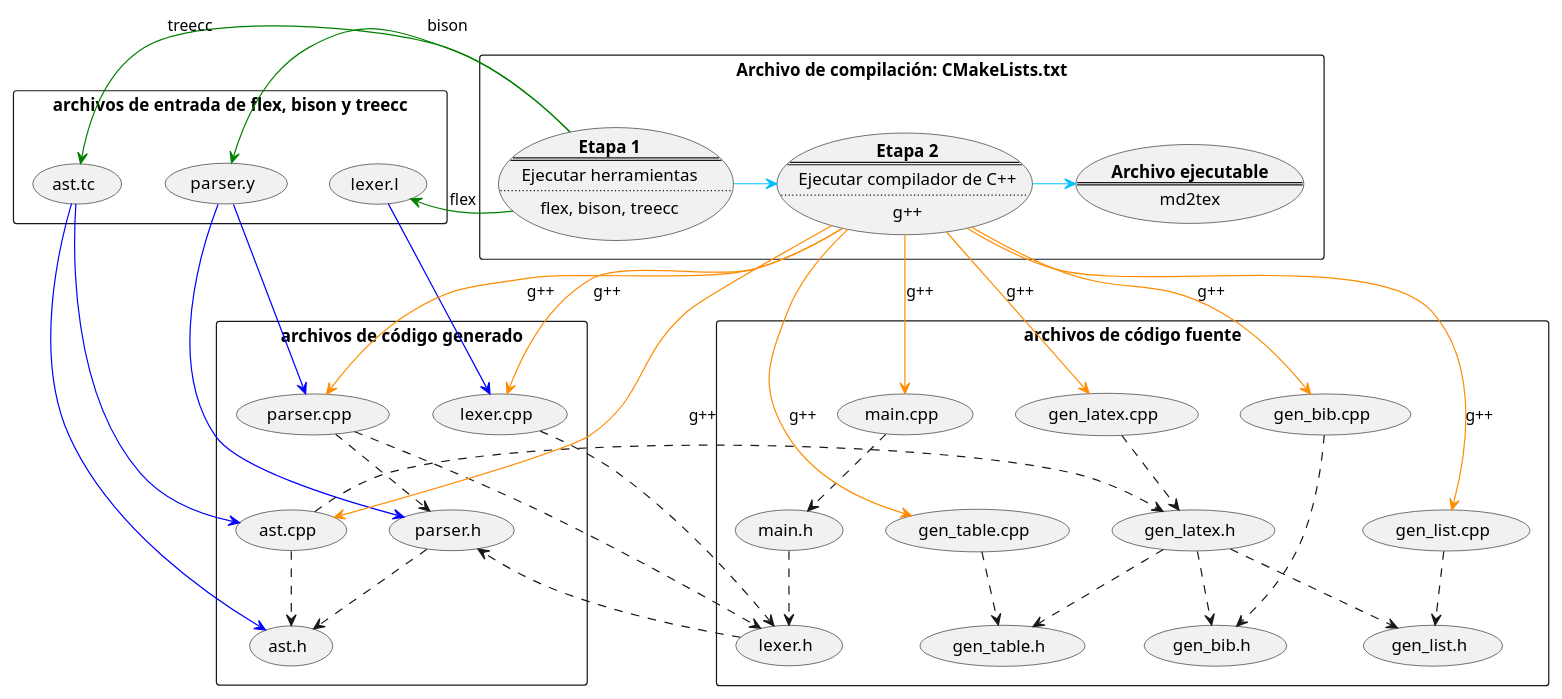
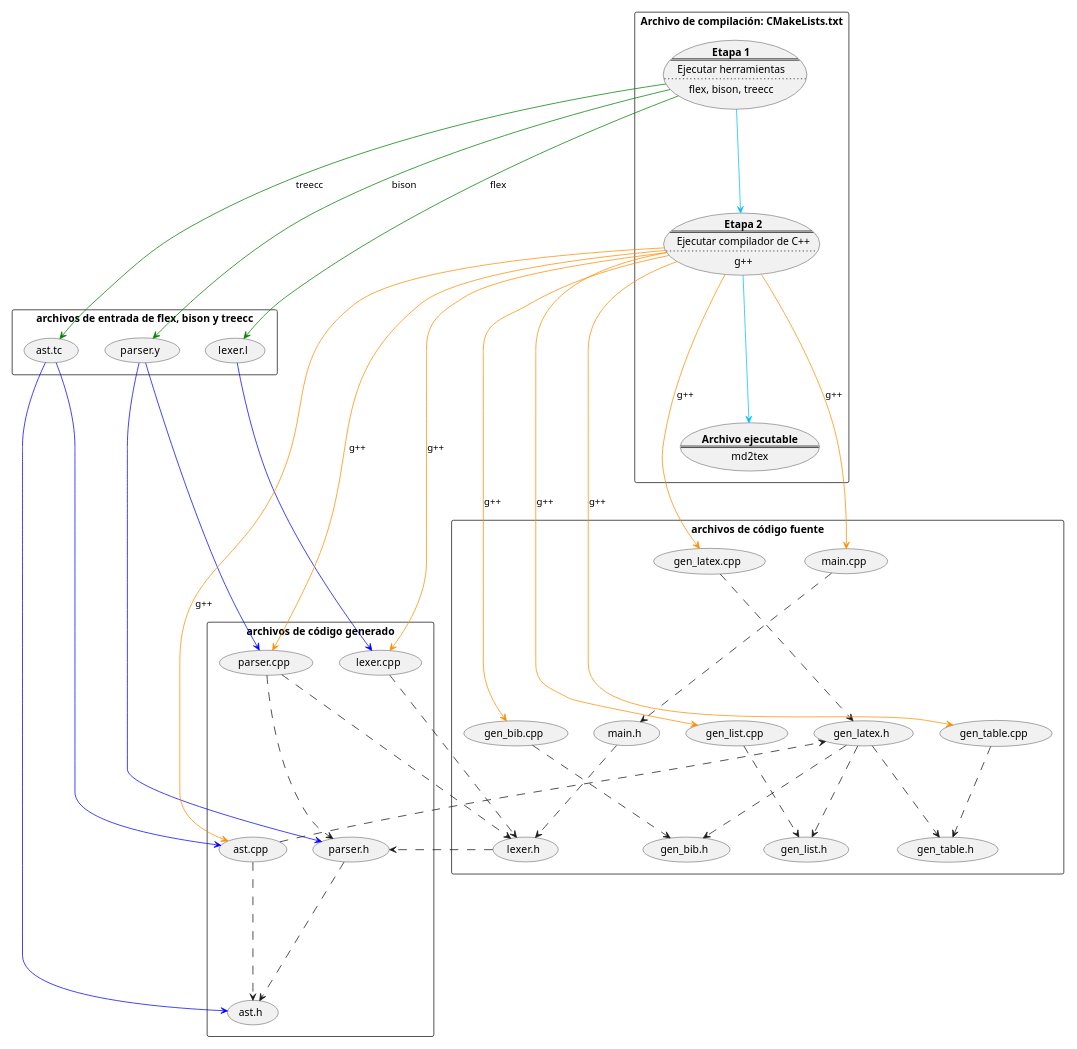
One commit to LuisFajardoF/Diagramas-PUML changed the diagram in compile-files.puml. Above: the diagram before and after it, drawn with PlantUML. The commit also changed 4 other files, not shown here.

Commit message:
agregando diagramas de analisis lexico, sintactico y ast

```diff
--- a/compile-files.puml
+++ b/compile-files.puml
@@ -1,76 +1,76 @@
 @startuml
     scale 1260 * 840
     rectangle "Archivo de compilación: CMakeLists.txt" {
         usecase CompileTools as "
             **Etapa 1**
             ===
             Ejecutar herramientas
             ....
             flex, bison, treecc
         "
 
         usecase Compiler as "
             **Etapa 2**
             ===
             Ejecutar compilador de C++
             ....
             g++
         "
 
         usecase Executable as "
             **Archivo ejecutable**
             ===
             md2tex
         "
-        (CompileTools) -[#DeepSkyBlue]> (Compiler)  
-        (Compiler) -[#DeepSkyBlue]> (Executable)  
+        (CompileTools) -[#DeepSkyBlue]--> (Compiler)  
+        (Compiler) -[#DeepSkyBlue]--> (Executable)  
     }
     
     rectangle "archivos de código generado" {
         (ast.h)
-        (ast.cpp) ..> (ast.h)
+        (ast.cpp) ....> (ast.h)
         (ast.cpp)
         (lexer.cpp)
-        (parser.h) ..> (ast.h)
-        (parser.cpp) ..> (parser.h)
+        (parser.h) ....> (ast.h)
+        (parser.cpp) ....> (parser.h)
     }
 
     rectangle "archivos de entrada de flex, bison y treecc" {
-        (lexer.l) -[#blue]-> (lexer.cpp)
-        (parser.y) -[#blue]-> (parser.h)
-        (parser.y) -[#blue]-> (parser.cpp)
-        (ast.tc) -[#blue]-> (ast.cpp)
-        (ast.tc) -[#blue]-> (ast.h)
-        (CompileTools) -[#green]> (lexer.l) : flex
-        (CompileTools) -[#green]> (parser.y) : bison
-        (CompileTools) -[#green]> (ast.tc) : treecc
+        (lexer.l) -[#blue]---> (lexer.cpp)
+        (parser.y) -[#blue]---> (parser.h)
+        (parser.y) -[#blue]---> (parser.cpp)
+        (ast.tc) -[#blue]---> (ast.cpp)
+        (ast.tc) -[#blue]---> (ast.h)
+        (CompileTools) --[#green]--> (lexer.l) : flex
+        (CompileTools) --[#green]--> (parser.y) : bison
+        (CompileTools) --[#green]--> (ast.tc) : treecc
     }
 
     rectangle "archivos de código fuente" {
-        (main.h) ..> (lexer.h)
-        (main.cpp) ..> (main.h)
-        (lexer.h) ..> (parser.h)
-        (parser.cpp) ..> (lexer.h)
-        (lexer.cpp) ..> (lexer.h)
-        (ast.cpp) ..> (gen_latex.h)
-        (gen_latex.cpp) ..> (gen_latex.h)
-        (gen_latex.h) ..> (gen_table.h)
-        (gen_latex.h) ..> (gen_list.h)
-        (gen_latex.h) ..> (gen_bib.h)
+        (main.h) ...> (lexer.h)
+        (main.cpp) ...> (main.h)
+        (lexer.h) ...> (parser.h)
+        (parser.cpp) ...> (lexer.h)
+        (lexer.cpp) ...> (lexer.h)
+        (ast.cpp) ...> (gen_latex.h)
+        (gen_latex.cpp) ...> (gen_latex.h)
+        (gen_latex.h) ...> (gen_table.h)
+        (gen_latex.h) ...> (gen_list.h)
+        (gen_latex.h) ...> (gen_bib.h)
         (gen_bib.cpp) ...> (gen_bib.h)
         (gen_bib.h)
-        (gen_list.cpp) ..> (gen_list.h)
+        (gen_list.cpp) ...> (gen_list.h)
         (gen_list.h)
-        (gen_table.cpp) ..> (gen_table.h)
+        (gen_table.cpp) ...> (gen_table.h)
         (gen_table.h)
-        (Compiler) -[#DarkOrange]-> (gen_bib.cpp) : g++
-        (Compiler) -[#DarkOrange]-> (gen_list.cpp) : g++
-        (Compiler) -[#DarkOrange]-> (gen_table.cpp) : g++
-        (Compiler) -[#DarkOrange]-> (gen_latex.cpp) : g++
-        (Compiler) -[#DarkOrange]-> (ast.cpp) : g++
-        (Compiler) -[#DarkOrange]-> (parser.cpp) : g++
-        (Compiler) -[#DarkOrange]-> (lexer.cpp) : g++
-        (Compiler) -[#DarkOrange]-> (main.cpp) : g++
+        (Compiler) --[#DarkOrange]--> (gen_bib.cpp) : g++
+        (Compiler) --[#DarkOrange]--> (gen_list.cpp) : g++
+        (Compiler) --[#DarkOrange]--> (gen_table.cpp) : g++
+        (Compiler) --[#DarkOrange]--> (gen_latex.cpp) : g++
+        (Compiler) --[#DarkOrange]--> (ast.cpp) : g++
+        (Compiler) --[#DarkOrange]--> (parser.cpp) : g++
+        (Compiler) --[#DarkOrange]--> (lexer.cpp) : g++
+        (Compiler) --[#DarkOrange]--> (main.cpp) : g++
     }
 
 @enduml
```
